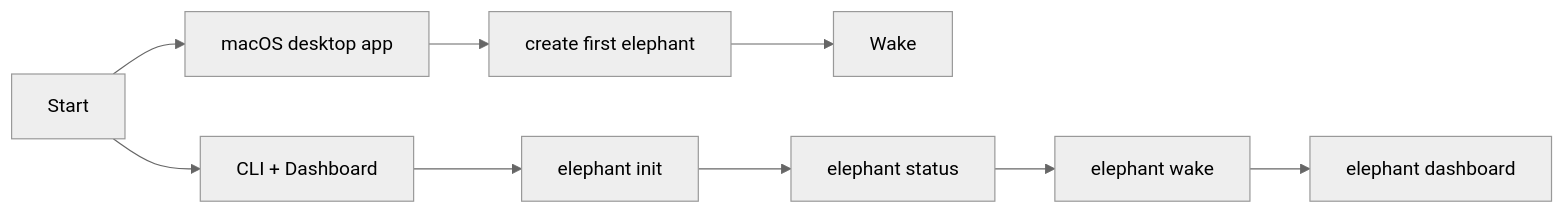
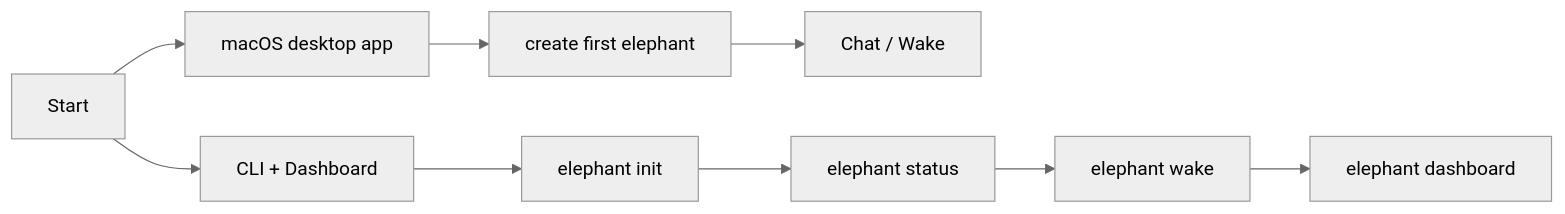
The diagram in apps/site/docs/getting-started/quickstart.md (agentic-in/elephant-agent), drawn with Mermaid (neutral theme) before and after one commit. The commit also changed other lines of this file and 10 other files, not shown here.

````diff
--- a/apps/site/docs/getting-started/quickstart.md
+++ b/apps/site/docs/getting-started/quickstart.md
@@ -17,11 +17,11 @@
 ```mermaid
 flowchart LR
   start["Start"] --> desktop["macOS desktop app"]
   start --> cli["CLI + Dashboard"]
   desktop --> app_setup["create first elephant"]
-  app_setup --> app_wake["Wake"]
+  app_setup --> app_wake["Chat / Wake"]
   cli --> init["elephant init"]
   init --> status["elephant status"]
   status --> wake["elephant wake"]
   wake --> dashboard["elephant dashboard"]
 ```
````
